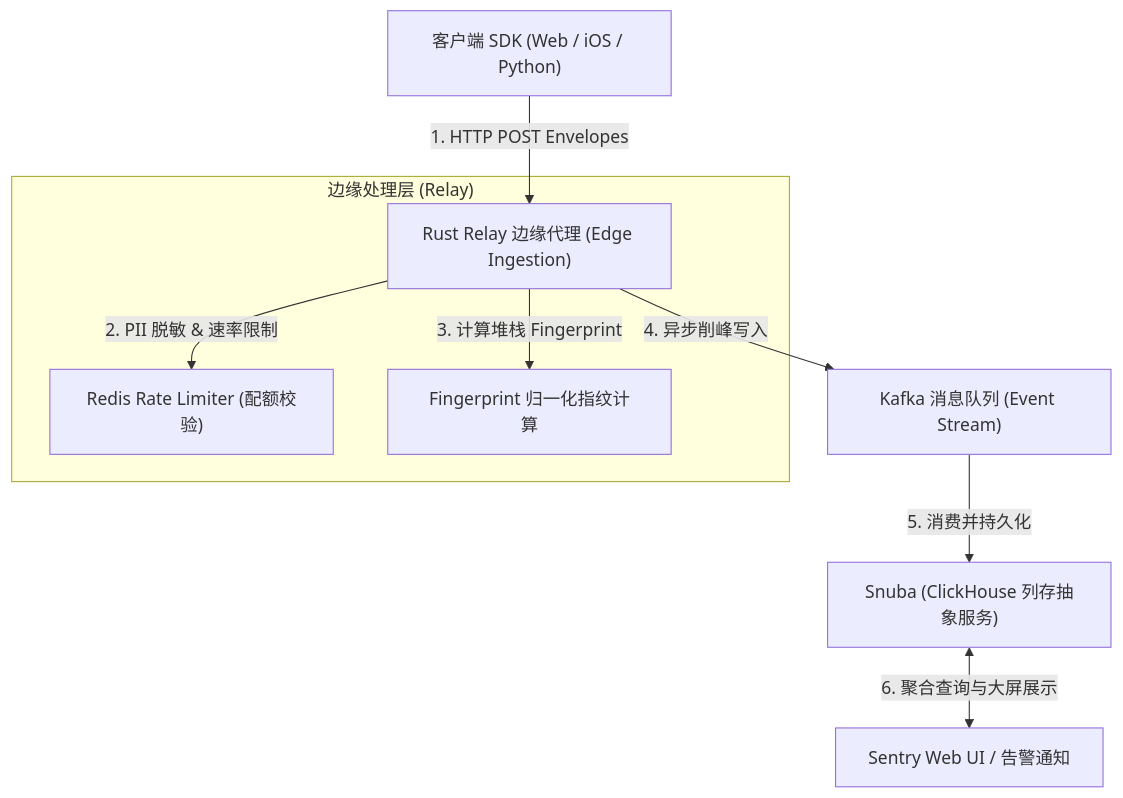
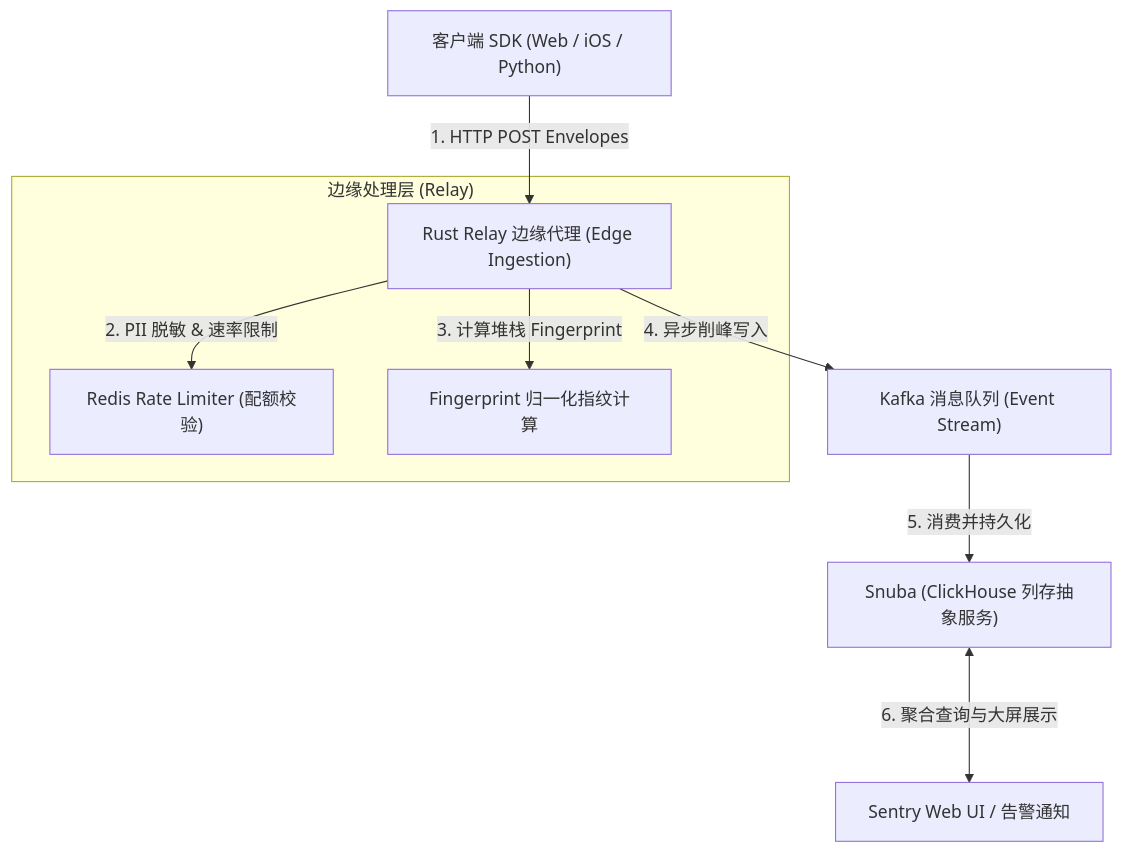
Before and after one commit to koosai/AI-Architect-Learning: the first of 6 diagrams in docs/atlas/sentry.mdx, drawn with Mermaid. The commit also changed other lines of this file and 68 other files, not shown here.

Commit message:
fix(atlas): fix browser client-side Mermaid rendering for mindmaps and flowcharts across 67 case studies

````diff
--- a/docs/atlas/sentry.mdx
+++ b/docs/atlas/sentry.mdx
@@ -49,13 +49,13 @@
 ```mermaid
 graph TD
   ClientSDK["客户端 SDK (Web / iOS / Python)"] -->|1. HTTP POST Envelopes| RelayProxy["Rust Relay 边缘代理 (Edge Ingestion)"]
   
   subgraph EdgeFilter["边缘处理层 (Relay)"]
     RelayProxy -->|2. PII 脱敏 & 速率限制| RedisQuota["Redis Rate Limiter (配额校验)"]
     RelayProxy -->|3. 计算堆栈 Fingerprint| FingerprintEngine["Fingerprint 归一化指纹计算"]
   end
   
   RelayProxy -->|4. 异步削峰写入| KafkaStream["Kafka 消息队列 (Event Stream)"]
   KafkaStream -->|5. 消费并持久化| SnubaLayer["Snuba (ClickHouse 列存抽象服务)"]
-  SnubaLayer <-->|6. 聚合查询与大屏展示| SentryWebUI["Sentry Web UI / 告警通知"]
+  SnubaLayer <--->|6. 聚合查询与大屏展示| SentryWebUI["Sentry Web UI / 告警通知"]
 ```
````
